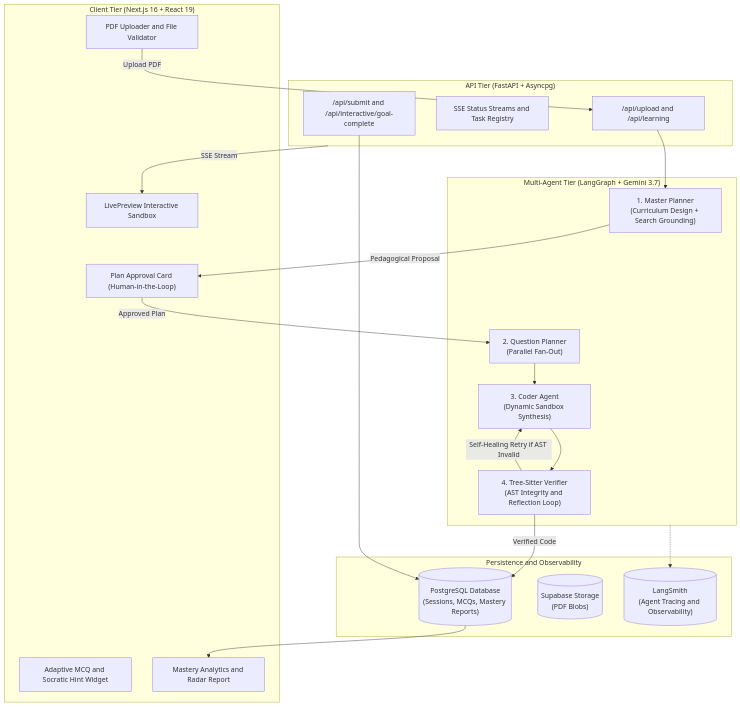
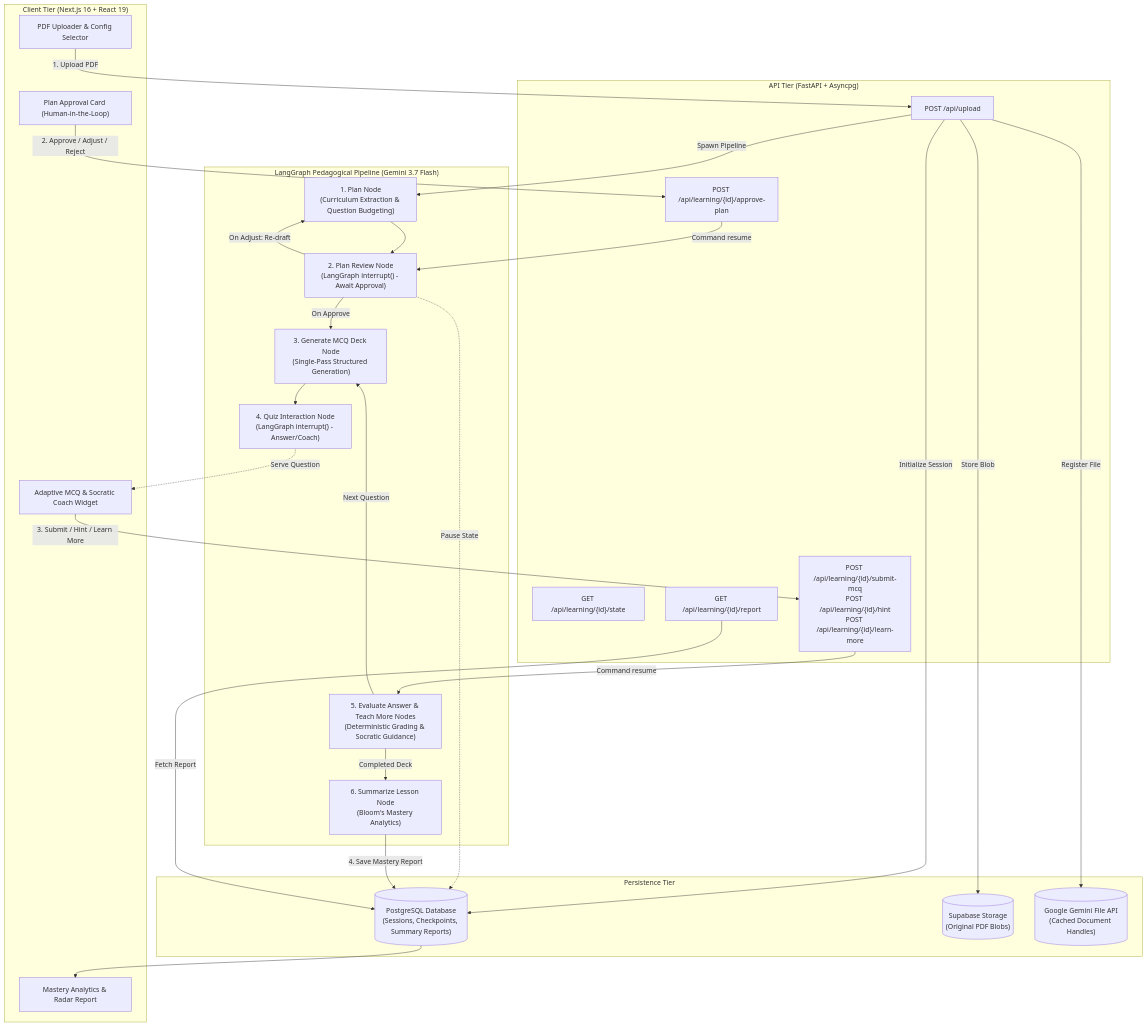
Before and after one commit to Kaos599/QuizLoop: the diagram in README.md, drawn with Mermaid. The commit also changed other lines of this file and 6 other files, not shown here.

Commit message:
docs: update documentation to reflect unified pedagogical HITL architecture

````diff
--- a/README.md
+++ b/README.md
@@ -36,42 +36,56 @@
 ```mermaid
 flowchart TD
     subgraph Client ["Client Tier (Next.js 16 + React 19)"]
-        UploadUI["PDF Uploader and File Validator"]
+        UploadUI["PDF Uploader & Config Selector"]
         HITL["Plan Approval Card (Human-in-the-Loop)"]
-        QuizUI["Adaptive MCQ and Socratic Hint Widget"]
-        SandboxUI["LivePreview Interactive Sandbox"]
-        MasteryUI["Mastery Analytics and Radar Report"]
+        QuizUI["Adaptive MCQ & Socratic Coach Widget"]
+        MasteryUI["Mastery Analytics & Radar Report"]
     end
 
     subgraph Backend ["API Tier (FastAPI + Asyncpg)"]
-        UploadAPI["/api/upload and /api/learning"]
-        StreamAPI["SSE Status Streams and Task Registry"]
-        SubmissionAPI["/api/submit and /api/interactive/goal-complete"]
+        UploadAPI["POST /api/upload"]
+        StateAPI["GET /api/learning/{id}/state"]
+        ApprovalAPI["POST /api/learning/{id}/approve-plan"]
+        QuizAPI["POST /api/learning/{id}/submit-mcq\nPOST /api/learning/{id}/hint\nPOST /api/learning/{id}/learn-more"]
+        ReportAPI["GET /api/learning/{id}/report"]
     end
 
-    subgraph MultiAgent ["Multi-Agent Tier (LangGraph + Gemini 3.7)"]
-        MasterPlan["1. Master Planner\n(Curriculum Design + Search Grounding)"]
-        QuestionPlan["2. Question Planner\n(Parallel Fan-Out)"]
-        Coder["3. Coder Agent\n(Dynamic Sandbox Synthesis)"]
-        Verifier["4. Tree-Sitter Verifier\n(AST Integrity and Reflection Loop)"]
+    subgraph Pipeline ["LangGraph Pedagogical Pipeline (Gemini 3.7 Flash)"]
+        PlanNode["1. Plan Node\n(Curriculum Extraction & Question Budgeting)"]
+        Interrupt1["2. Plan Review Node\n(LangGraph interrupt() - Await Approval)"]
+        DeckNode["3. Generate MCQ Deck Node\n(Single-Pass Structured Generation)"]
+        Interrupt2["4. Quiz Interaction Node\n(LangGraph interrupt() - Answer/Coach)"]
+        EvalNode["5. Evaluate Answer & Teach More Nodes\n(Deterministic Grading & Socratic Guidance)"]
+        SummaryNode["6. Summarize Lesson Node\n(Bloom's Mastery Analytics)"]
     end
 
-    subgraph Persistence ["Persistence and Observability"]
-        Postgres[("PostgreSQL Database\n(Sessions, MCQs, Mastery Reports)")]
-        SupabaseStorage[("Supabase Storage\n(PDF Blobs)")]
-        LangSmith[("LangSmith\n(Agent Tracing and Observability)")]
+    subgraph Storage ["Persistence Tier"]
+        Postgres[("PostgreSQL Database\n(Sessions, Checkpoints, Summary Reports)")]
+        SupabaseStorage[("Supabase Storage\n(Original PDF Blobs)")]
+        GeminiFileAPI[("Google Gemini File API\n(Cached Document Handles)")]
     end
 
-    UploadUI -->|Upload PDF| UploadAPI
-    UploadAPI --> MasterPlan
-    MasterPlan -->|Pedagogical Proposal| HITL
-    HITL -->|Approved Plan| QuestionPlan
-    QuestionPlan --> Coder
-    Coder --> Verifier
-    Verifier -->|Self-Healing Retry if AST Invalid| Coder
-    Verifier -->|Verified Code| Postgres
-    Backend -->|SSE Stream| SandboxUI
-    SubmissionAPI --> Postgres
+    UploadUI -->|1. Upload PDF| UploadAPI
+    UploadAPI -->|Store Blob| SupabaseStorage
+    UploadAPI -->|Register File| GeminiFileAPI
+    UploadAPI -->|Initialize Session| Postgres
+    UploadAPI -->|Spawn Pipeline| PlanNode
+
+    PlanNode --> Interrupt1
+    Interrupt1 -.->|Pause State| Postgres
+    HITL -->|2. Approve / Adjust / Reject| ApprovalAPI
+    ApprovalAPI -->|Command resume| Interrupt1
+    Interrupt1 -->|On Adjust: Re-draft| PlanNode
+    Interrupt1 -->|On Approve| DeckNode
+
+    DeckNode --> Interrupt2
+    Interrupt2 -.->|Serve Question| QuizUI
+    QuizUI -->|3. Submit / Hint / Learn More| QuizAPI
+    QuizAPI -->|Command resume| EvalNode
+    EvalNode -->|Next Question| DeckNode
+    EvalNode -->|Completed Deck| SummaryNode
+
+    SummaryNode -->|4. Save Mastery Report| Postgres
+    ReportAPI -->|Fetch Report| Postgres
     Postgres --> MasteryUI
-    MultiAgent -.-> LangSmith
 ```
````
